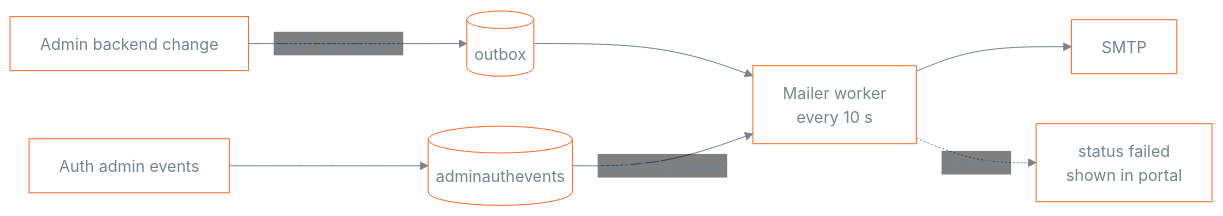
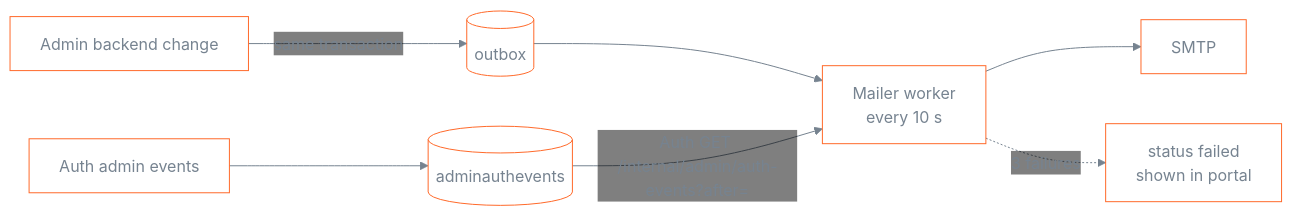
Before and after one commit to Sahil-coder-30/Capstone: the ninth of 10 diagrams in docs/plans/admin-platform-hld.md, drawn with Mermaid. The commit also changed other lines of this file and 12 other files, not shown here.

````diff
--- a/docs/plans/admin-platform-hld.md
+++ b/docs/plans/admin-platform-hld.md
@@ -268,12 +313,12 @@
 ```mermaid
 %%{init: {"theme":"base","themeVariables":{"background":"transparent","primaryColor":"transparent","secondaryColor":"transparent","tertiaryColor":"transparent","mainBkg":"transparent","clusterBkg":"transparent","nodeBorder":"#FF6A2B","primaryBorderColor":"#FF6A2B","clusterBorder":"#768390","lineColor":"#768390","primaryTextColor":"#768390","textColor":"#768390","titleColor":"#768390","edgeLabelBackground":"transparent"},"themeCSS":".edgeLabel, .edgeLabel p, .edgeLabel span, .labelBkg { background-color: transparent !important; }"}}%%
 flowchart LR
     classDef default fill:transparent,stroke:#FF6A2B,color:#768390
 
     CH[Admin backend change] -- same transaction --> OB[(outbox)]
     AE[Auth admin events] --> AEV[(adminauthevents)]
     OB --> W[Mailer worker<br/>every 10 s]
-    AEV -- read-only, cursor --> W
+    AEV -- "Auth GET /internal/admin/auth-events?after=" --> W
     W --> SMTP[SMTP]
     W -. 3 failures .-> F[status failed<br/>shown in portal]
 ```
````
